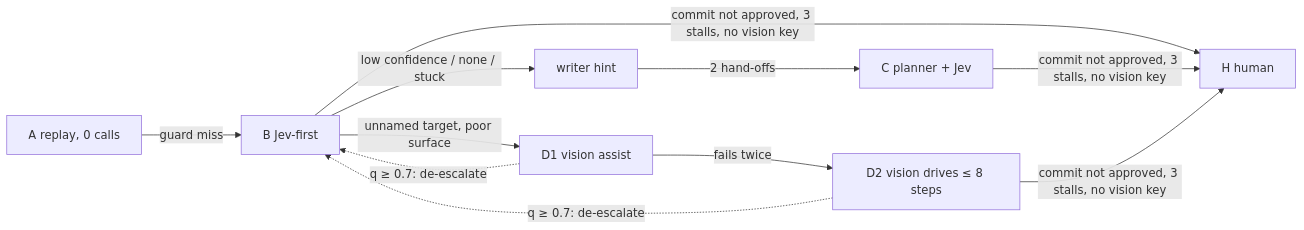
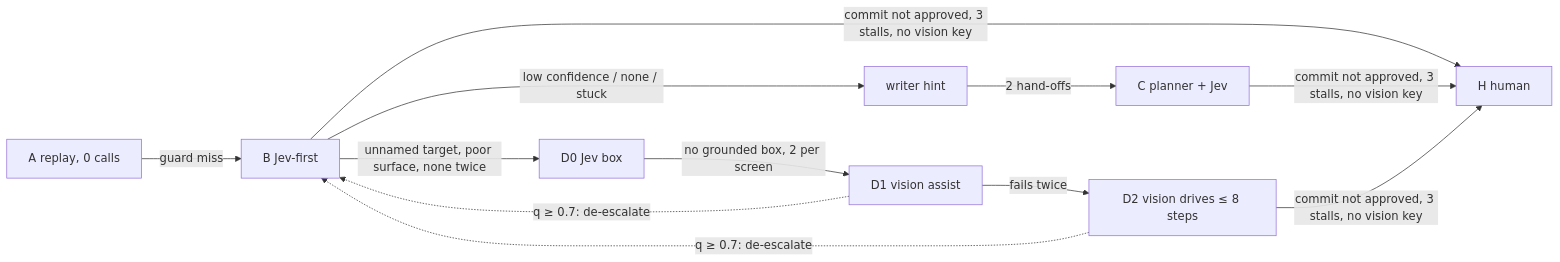
Before and after one commit to ramifara/ghosthand: the third of 6 diagrams in docs/architecture.md, drawn with Mermaid. The commit also changed other lines of this file and 5 other files, not shown here.

Commit message:
docs: Jev 1.14 images, box grounding and mode D0

````diff
--- a/docs/architecture.md
+++ b/docs/architecture.md
@@ -89,10 +90,11 @@
 ```mermaid
 flowchart LR
   A[A replay, 0 calls] -->|guard miss| B[B Jev-first]
   B -->|low confidence / none / stuck| W[writer hint]
   W -->|2 hand-offs| C[C planner + Jev]
-  B -->|unnamed target, poor surface| D1[D1 vision assist]
+  B -->|unnamed target, poor surface, none twice| D0[D0 Jev box]
+  D0 -->|no grounded box, 2 per screen| D1[D1 vision assist]
   D1 -->|fails twice| D2[D2 vision drives ≤ 8 steps]
   D1 & D2 -.->|q ≥ 0.7: de-escalate| B
   B & C & D2 -->|commit not approved, 3 stalls, no vision key| H[H human]
 ```
````
